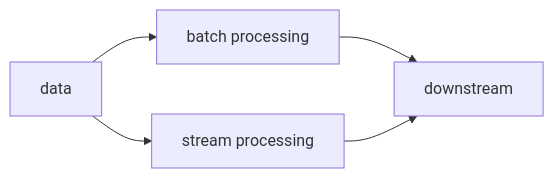
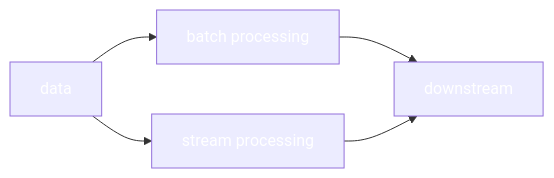
One commit to ibis-project/ibis changed the third of 5 diagrams in docs/presentations/linkedin-meetup-2024-04-24.qmd. Above: the diagram before and after it, drawn with Mermaid. The commit also changed other lines of this file and 5 other files, not shown here.

````diff
--- a/docs/presentations/linkedin-meetup-2024-04-24.qmd
+++ b/docs/presentations/linkedin-meetup-2024-04-24.qmd
@@ -514,4 +517,9 @@
 ```{mermaid}
 graph LR
+  classDef white color:white;
   A[data] --> B[batch processing] & C[stream processing] --> D[downstream]
+  class A white;
+  class B white;
+  class C white;
+  class D white;
 ```
````
